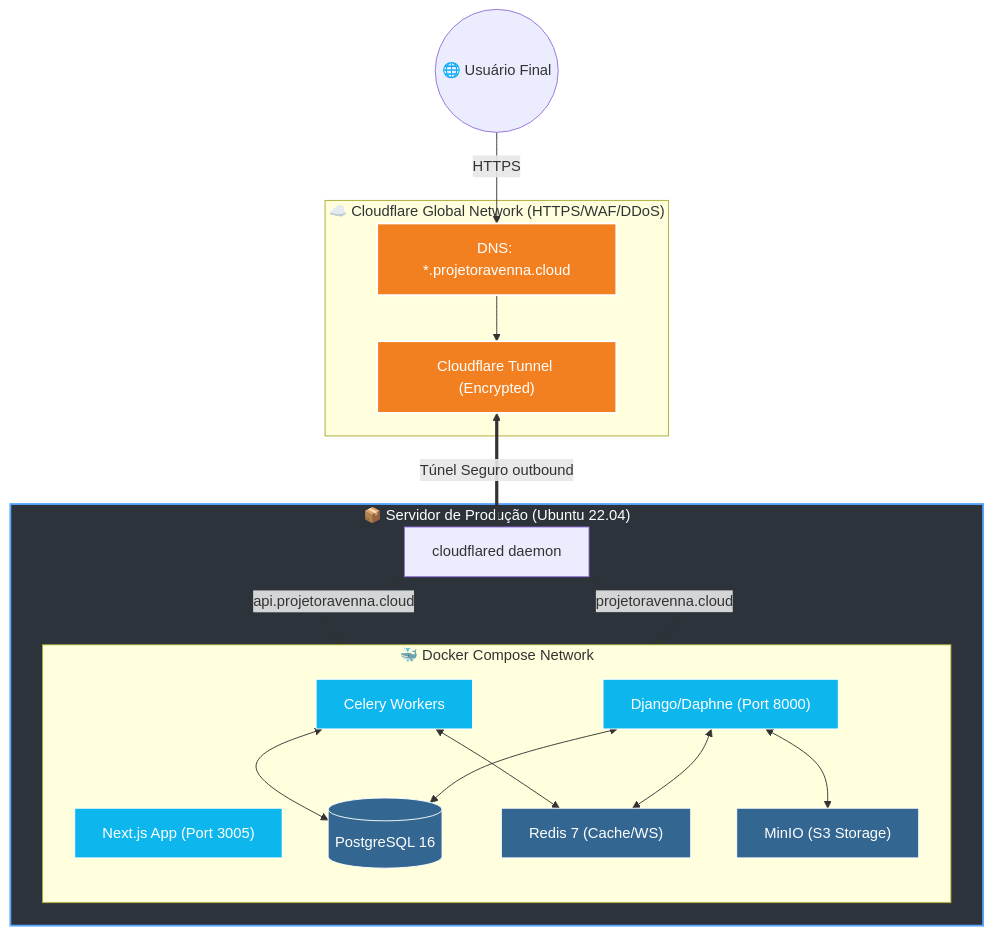
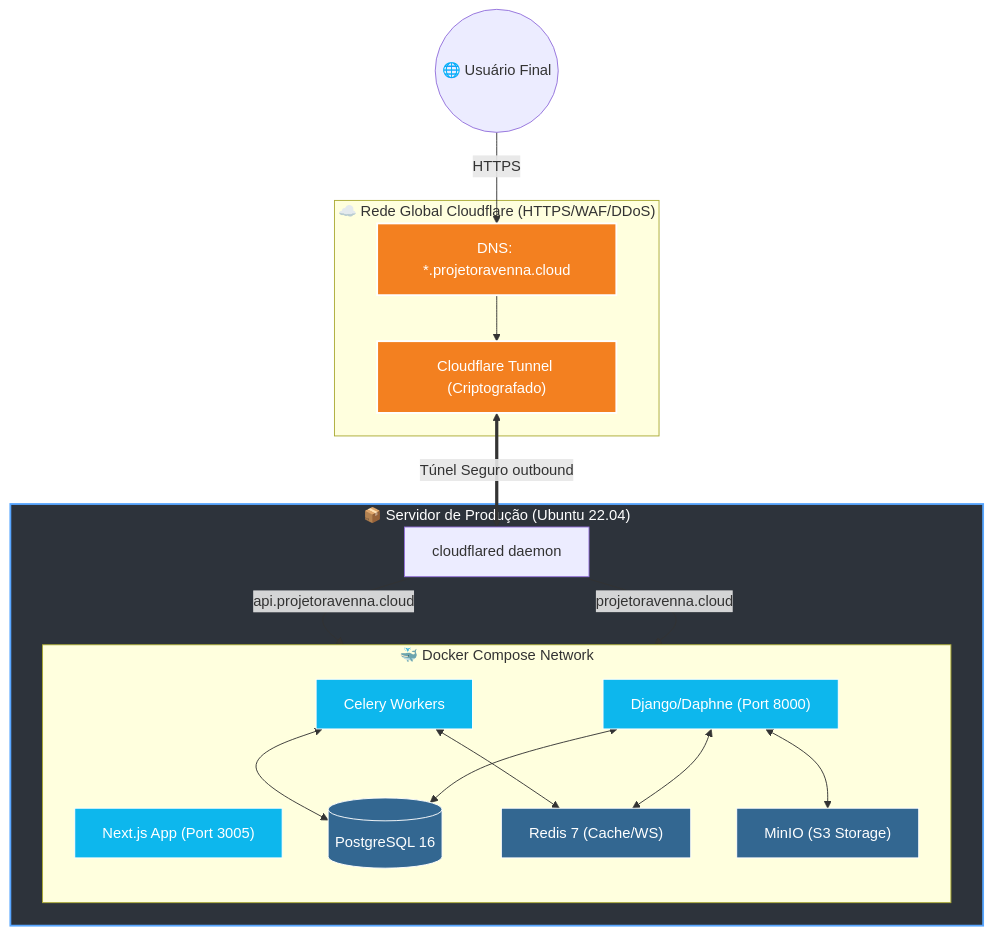
The diagram in backbone_presentation.md (yurythx/backbone), drawn with Mermaid before and after one commit. The commit also changed other lines of this file and 2 other files, not shown here.

````diff
--- a/backbone_presentation.md
+++ b/backbone_presentation.md
@@ -24,54 +35,54 @@
 ```mermaid
 graph TD
     %% Estilos de Cores
     classDef cloudflare fill:#F38020,stroke:#FFF,stroke-width:2px,color:#FFF;
     classDef server fill:#2D333B,stroke:#58A6FF,stroke-width:2px,color:#FFF;
     classDef container fill:#0DB7ED,stroke:#FFF,stroke-width:1px,color:#FFF;
     classDef database fill:#336791,stroke:#FFF,stroke-width:1px,color:#FFF;
 
     %% Client Side
     User((🌐 Usuário Final))
 
     %% Cloudflare Layer
-    subgraph Cloudflare_Edge ["☁️ Cloudflare Global Network (HTTPS/WAF/DDoS)"]
+    subgraph Cloudflare_Edge ["☁️ Rede Global Cloudflare (HTTPS/WAF/DDoS)"]
         CF_DNS["DNS: *.projetoravenna.cloud"]
-        CF_Tunnel["Cloudflare Tunnel (Encrypted)"]
+        CF_Tunnel["Cloudflare Tunnel (Criptografado)"]
     end
 
     %% On-Premise / VPS Layer
     subgraph Ubuntu_Server ["📦 Servidor de Produção (Ubuntu 22.04)"]
         CF_Daemon["cloudflared daemon"]
         
         subgraph Docker_Compose ["🐳 Docker Compose Network"]
             direction TB
             Frontend["Next.js App (Port 3005)"]
             Backend["Django/Daphne (Port 8000)"]
             DB[("PostgreSQL 16")]
             Redis["Redis 7 (Cache/WS)"]
             MinIO["MinIO (S3 Storage)"]
             Celery["Celery Workers"]
         end
     end
 
     %% Connections
     User -->|HTTPS| CF_DNS
     CF_DNS --> CF_Tunnel
     CF_Tunnel <==>|Túnel Seguro outbound| CF_Daemon
     
     %% Routing logic within the Tunnel
     CF_Daemon -->|api.projetoravenna.cloud| Backend
     CF_Daemon -->|projetoravenna.cloud| Frontend
 
     %% Internal Services
     Backend <--> DB
     Backend <--> Redis
     Backend <--> MinIO
     Celery <--> Redis
     Celery <--> DB
 
     %% Apply Styles
     class CF_DNS,CF_Tunnel cloudflare;
     class Ubuntu_Server server;
     class Frontend,Backend,Celery container;
     class DB,Redis,MinIO database;
 ```
````
